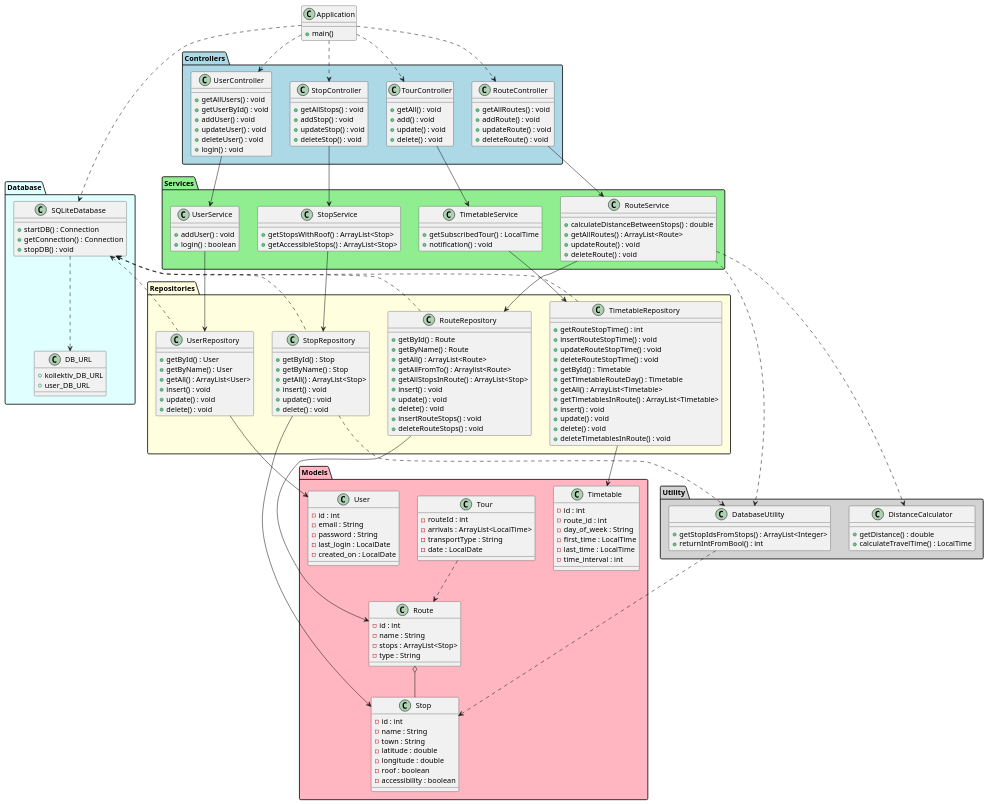
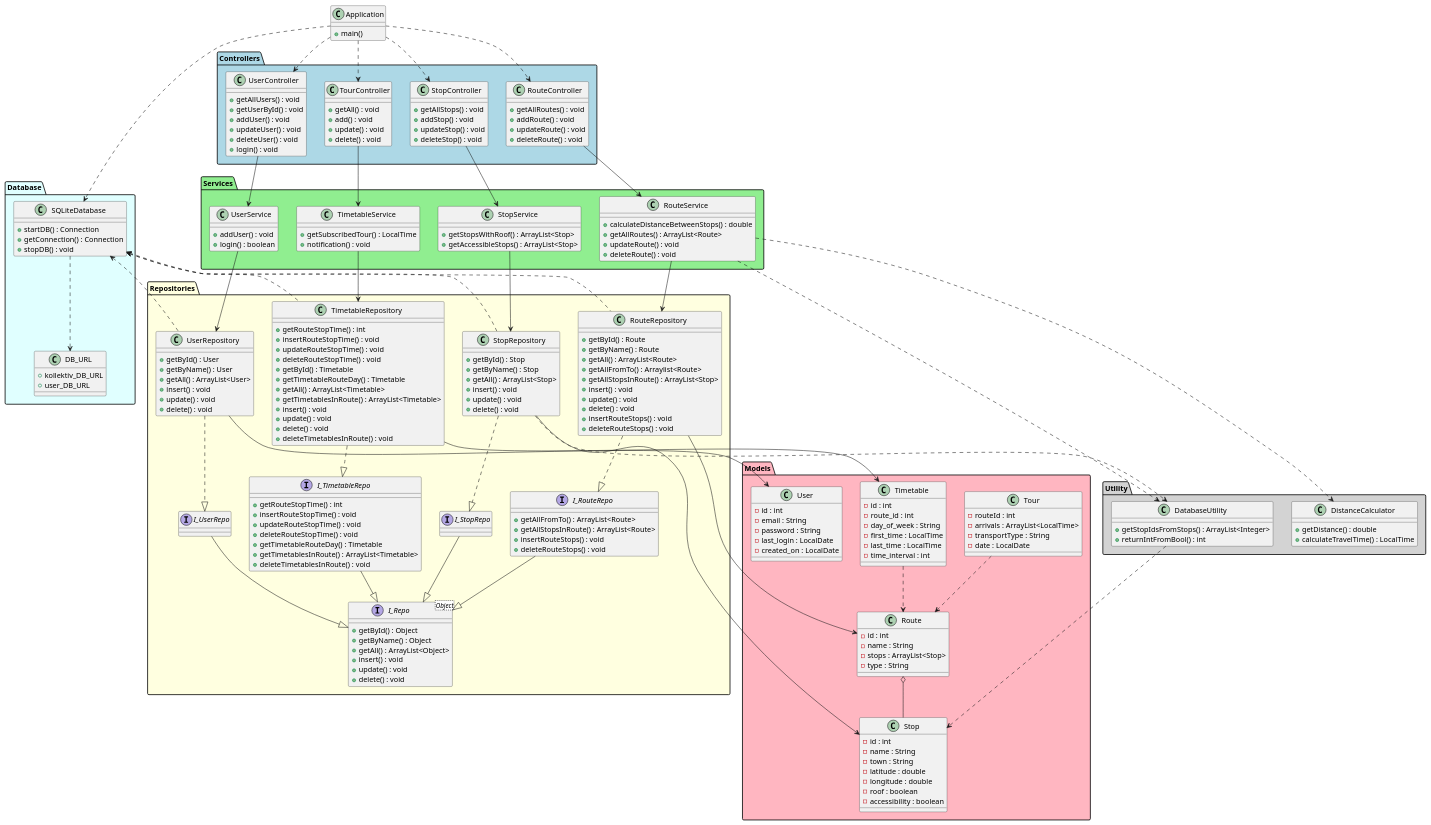
The diagram in MainProject/diagram/Sprint4ClassDiagram.puml (Wilbnil/SoftwareEngineering17---Kollektivtrafikk), drawn with PlantUML before and after one commit.

Commit message:
On branch 54-class-diagram: Updated the classdiagram so it includes interface.

```diff
--- a/MainProject/diagram/Sprint4ClassDiagram.puml
+++ b/MainProject/diagram/Sprint4ClassDiagram.puml
@@ -65,6 +65,38 @@
 
 ' Repos
 package "Repositories" #LightYellow {
+    interface "I_Repo<Object>" as I_Repo {
+        + getById() : Object
+        + getByName() : Object
+        + getAll() : ArrayList<Object>
+        + insert() : void
+        + update() : void
+        + delete() : void
+    }
+    
+    interface I_StopRepo {
+    }
+    
+    interface I_RouteRepo {
+        + getAllFromTo() : ArrayList<Route>
+        + getAllStopsInRoute() : ArrayList<Route>
+        + insertRouteStops() : void
+        + deleteRouteStops() : void
+    }
+    
+    interface I_TimetableRepo {
+        + getRouteStopTime() : int
+        + insertRouteStopTime() : void
+        + updateRouteStopTime() : void
+        + deleteRouteStopTime() : void
+        + getTimetableRouteDay() : Timetable
+        + getTimetablesInRoute() : ArrayList<Timetable>
+        + deleteTimetablesInRoute() : void
+    }
+    
+    interface I_UserRepo {
+    }
+    
     class StopRepository {
         + getById() : Stop
         + getByName() : Stop
@@ -209,6 +241,17 @@
 TimetableRepository .up.> SQLiteDatabase
 UserRepository .up.> SQLiteDatabase
 
+' Interface arv
+I_StopRepo --|> I_Repo
+I_RouteRepo --|> I_Repo
+I_TimetableRepo --|> I_Repo
+I_UserRepo --|> I_Repo
+
+StopRepository ..|> I_StopRepo
+RouteRepository ..|> I_RouteRepo
+TimetableRepository ..|> I_TimetableRepo
+UserRepository ..|> I_UserRepo
+
 ' Repositories -> Models
 StopRepository --> Stop
 RouteRepository --> Route
@@ -218,6 +261,7 @@
 ' Model koblinger
 Route o-- Stop
 Tour ..> Route
+Timetable ..> Route
 
 ' Utility koblinger
 RouteService ..> DistanceCalculator
```
